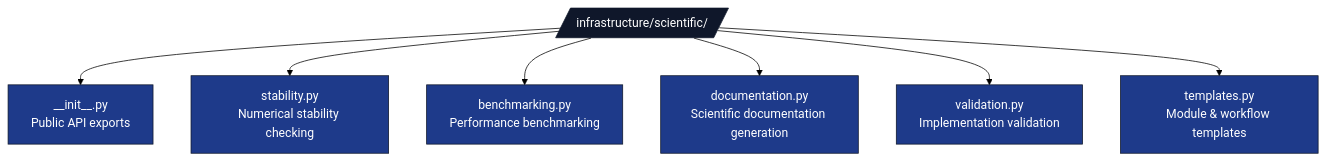
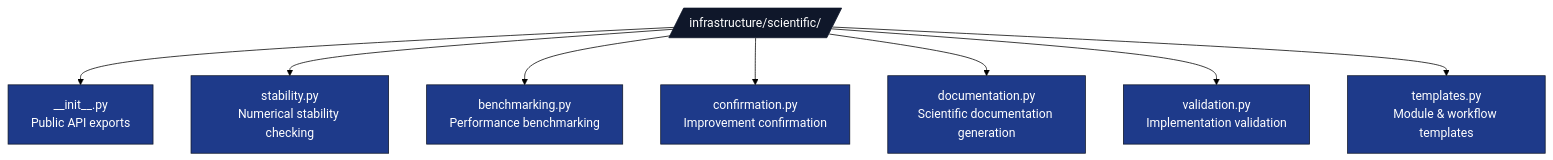
Before and after one commit to docxology/template: the diagram in infrastructure/scientific/AGENTS.md, drawn with Mermaid (forest theme). The commit also changed other lines of this file and 86 other files, not shown here.

````diff
--- a/infrastructure/scientific/AGENTS.md
+++ b/infrastructure/scientific/AGENTS.md
@@ -13,15 +13,16 @@
 ```mermaid
 flowchart TB
     SCI[/infrastructure/scientific//]
     SCI --> INIT[__init__.py<br/>Public API exports]
     SCI --> STAB[stability.py<br/>Numerical stability checking]
     SCI --> BEN[benchmarking.py<br/>Performance benchmarking]
+    SCI --> CONF[confirmation.py<br/>Improvement confirmation]
     SCI --> DOC[documentation.py<br/>Scientific documentation generation]
     SCI --> VAL[validation.py<br/>Implementation validation]
     SCI --> TPL[templates.py<br/>Module &amp; workflow templates]
 
     classDef d fill:#0f172a,stroke:#0f172a,color:#fff
     classDef f fill:#1e3a8a,stroke:#0f172a,color:#fff
     class SCI d
-    class INIT,STAB,BEN,DOC,VAL,TPL f
+    class INIT,STAB,BEN,CONF,DOC,VAL,TPL f
 ```
````
